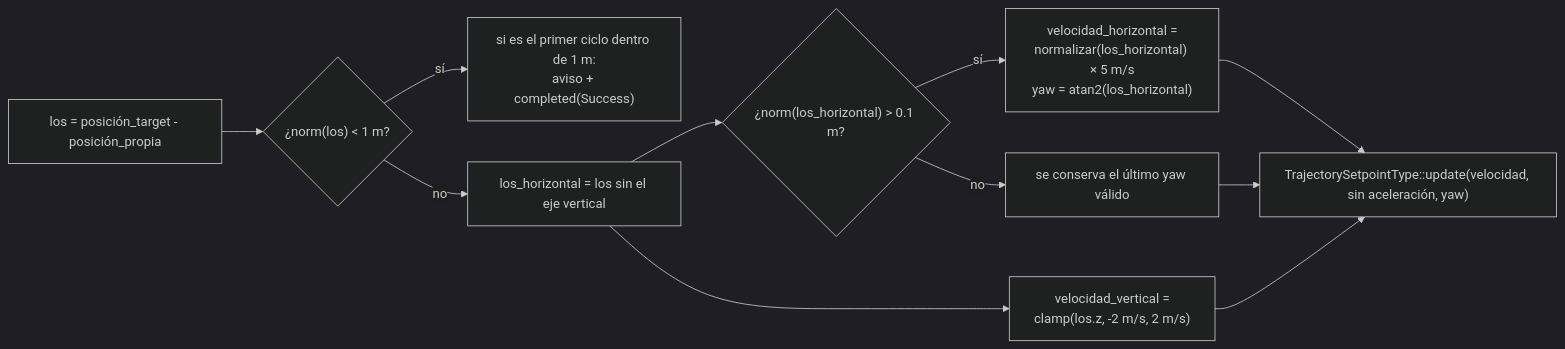
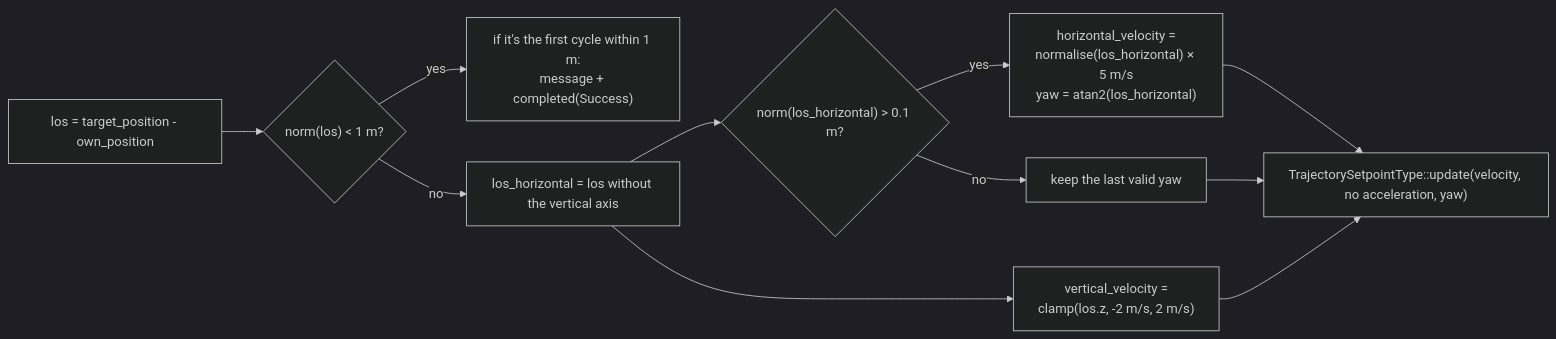
Before and after one commit to PACO-Interceptor/ws_interceptor: the first of 2 diagrams in docs/wiki/Guidance-modes.md, drawn with Mermaid. The commit also changed other lines of this file and 17 other files, not shown here.

````diff
--- a/docs/wiki/Guidance-modes.md
+++ b/docs/wiki/Guidance-modes.md
@@ -95,14 +93,14 @@
 ```mermaid
 %%{init: {"theme": "dark", "themeVariables": {"lineColor": "#cccccc", "edgeLabelBackground": "#1e1e1e"}}}%%
 flowchart LR
-    A["los = posición_target - posición_propia"] --> B{"¿norm(los) < 1 m?"}
-    B -->|sí| C["si es el primer ciclo dentro de 1 m:<br/>aviso + completed(Success)"]
-    B -->|no| D["los_horizontal = los sin el eje vertical"]
-    D --> E{"¿norm(los_horizontal) > 0.1 m?"}
-    E -->|sí| F["velocidad_horizontal =<br/>normalizar(los_horizontal) × 5 m/s<br/>yaw = atan2(los_horizontal)"]
-    E -->|no| G["se conserva el último yaw válido"]
-    D --> H["velocidad_vertical =<br/>clamp(los.z, -2 m/s, 2 m/s)"]
-    F --> I["TrajectorySetpointType::update(velocidad, sin aceleración, yaw)"]
+    A["los = target_position - own_position"] --> B{"norm(los) < 1 m?"}
+    B -->|yes| C["if it's the first cycle within 1 m:<br/>message + completed(Success)"]
+    B -->|no| D["los_horizontal = los without the vertical axis"]
+    D --> E{"norm(los_horizontal) > 0.1 m?"}
+    E -->|yes| F["horizontal_velocity =<br/>normalise(los_horizontal) × 5 m/s<br/>yaw = atan2(los_horizontal)"]
+    E -->|no| G["keep the last valid yaw"]
+    D --> H["vertical_velocity =<br/>clamp(los.z, -2 m/s, 2 m/s)"]
+    F --> I["TrajectorySetpointType::update(velocity, no acceleration, yaw)"]
     H --> I
     G --> I
 ```
````
